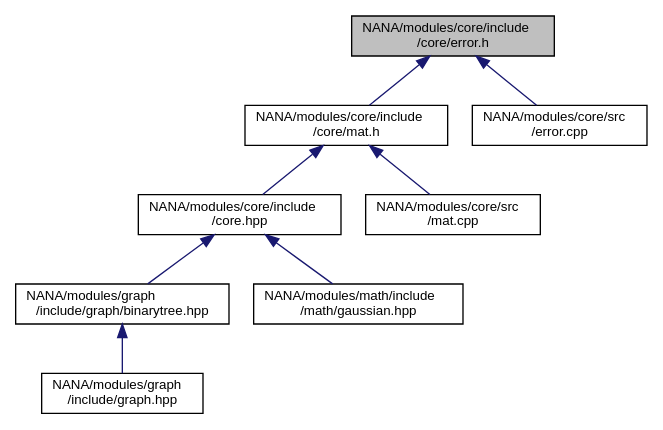
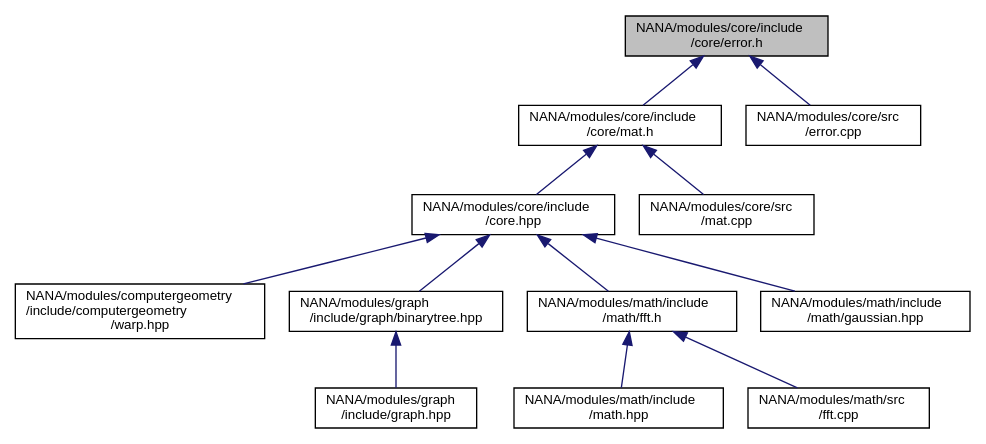
Before and after one commit to YuruTu/NANA: the diagram in docs/error_8h__dep__incl.dot, drawn with Graphviz. The commit also changed 194 other files, not shown here.

```diff
--- a/docs/error_8h__dep__incl.dot
+++ b/docs/error_8h__dep__incl.dot
@@ -1,21 +1,29 @@
 digraph "NANA/modules/core/include/core/error.h"
 {
  // LATEX_PDF_SIZE
   edge [fontname="Helvetica",fontsize="10",labelfontname="Helvetica",labelfontsize="10"];
   node [fontname="Helvetica",fontsize="10",shape=record];
   Node1 [label="NANA/modules/core/include\l/core/error.h",height=0.2,width=0.4,color="black", fillcolor="grey75", style="filled", fontcolor="black",tooltip="用于抛出异常"];
   Node1 -> Node2 [dir="back",color="midnightblue",fontsize="10",style="solid",fontname="Helvetica"];
   Node2 [label="NANA/modules/core/include\l/core/mat.h",height=0.2,width=0.4,color="black", fillcolor="white", style="filled",URL="$mat_8h.html",tooltip="实现一个用于矩阵运算的模板类(仍在实现当中)"];
   Node2 -> Node3 [dir="back",color="midnightblue",fontsize="10",style="solid",fontname="Helvetica"];
   Node3 [label="NANA/modules/core/include\l/core.hpp",height=0.2,width=0.4,color="black", fillcolor="white", style="filled",URL="$core_8hpp.html",tooltip="包含基本的数据结构等"];
   Node3 -> Node4 [dir="back",color="midnightblue",fontsize="10",style="solid",fontname="Helvetica"];
-  Node4 [label="NANA/modules/graph\l/include/graph/binarytree.hpp",height=0.2,width=0.4,color="black", fillcolor="white", style="filled",URL="$binarytree_8hpp.html",tooltip="实现二叉树的模板"];
-  Node4 -> Node5 [dir="back",color="midnightblue",fontsize="10",style="solid",fontname="Helvetica"];
-  Node5 [label="NANA/modules/graph\l/include/graph.hpp",height=0.2,width=0.4,color="black", fillcolor="white", style="filled",URL="$graph_8hpp.html",tooltip="实现图论相关算法"];
-  Node3 -> Node6 [dir="back",color="midnightblue",fontsize="10",style="solid",fontname="Helvetica"];
-  Node6 [label="NANA/modules/math/include\l/math/gaussian.hpp",height=0.2,width=0.4,color="black", fillcolor="white", style="filled",URL="$gaussian_8hpp_source.html",tooltip=" "];
-  Node2 -> Node7 [dir="back",color="midnightblue",fontsize="10",style="solid",fontname="Helvetica"];
-  Node7 [label="NANA/modules/core/src\l/mat.cpp",height=0.2,width=0.4,color="black", fillcolor="white", style="filled",URL="$mat_8cpp.html",tooltip="实现Mat的相关功能"];
-  Node1 -> Node8 [dir="back",color="midnightblue",fontsize="10",style="solid",fontname="Helvetica"];
-  Node8 [label="NANA/modules/core/src\l/error.cpp",height=0.2,width=0.4,color="black", fillcolor="white", style="filled",URL="$error_8cpp_source.html",tooltip=" "];
+  Node4 [label="NANA/modules/computergeometry\l/include/computergeometry\l/warp.hpp",height=0.2,width=0.4,color="black", fillcolor="white", style="filled",URL="$warp_8hpp.html",tooltip="实现点集的仿射变换和透视变换"];
+  Node3 -> Node5 [dir="back",color="midnightblue",fontsize="10",style="solid",fontname="Helvetica"];
+  Node5 [label="NANA/modules/graph\l/include/graph/binarytree.hpp",height=0.2,width=0.4,color="black", fillcolor="white", style="filled",URL="$binarytree_8hpp.html",tooltip="实现二叉树的模板"];
+  Node5 -> Node6 [dir="back",color="midnightblue",fontsize="10",style="solid",fontname="Helvetica"];
+  Node6 [label="NANA/modules/graph\l/include/graph.hpp",height=0.2,width=0.4,color="black", fillcolor="white", style="filled",URL="$graph_8hpp.html",tooltip="实现图论相关算法"];
+  Node3 -> Node7 [dir="back",color="midnightblue",fontsize="10",style="solid",fontname="Helvetica"];
+  Node7 [label="NANA/modules/math/include\l/math/fft.h",height=0.2,width=0.4,color="black", fillcolor="white", style="filled",URL="$fft_8h_source.html",tooltip=" "];
+  Node7 -> Node8 [dir="back",color="midnightblue",fontsize="10",style="solid",fontname="Helvetica"];
+  Node8 [label="NANA/modules/math/include\l/math.hpp",height=0.2,width=0.4,color="black", fillcolor="white", style="filled",URL="$math_8hpp.html",tooltip="实现基本的数学运算"];
+  Node7 -> Node9 [dir="back",color="midnightblue",fontsize="10",style="solid",fontname="Helvetica"];
+  Node9 [label="NANA/modules/math/src\l/fft.cpp",height=0.2,width=0.4,color="black", fillcolor="white", style="filled",URL="$fft_8cpp_source.html",tooltip=" "];
+  Node3 -> Node10 [dir="back",color="midnightblue",fontsize="10",style="solid",fontname="Helvetica"];
+  Node10 [label="NANA/modules/math/include\l/math/gaussian.hpp",height=0.2,width=0.4,color="black", fillcolor="white", style="filled",URL="$gaussian_8hpp_source.html",tooltip=" "];
+  Node2 -> Node11 [dir="back",color="midnightblue",fontsize="10",style="solid",fontname="Helvetica"];
+  Node11 [label="NANA/modules/core/src\l/mat.cpp",height=0.2,width=0.4,color="black", fillcolor="white", style="filled",URL="$mat_8cpp.html",tooltip="实现Mat的相关功能"];
+  Node1 -> Node12 [dir="back",color="midnightblue",fontsize="10",style="solid",fontname="Helvetica"];
+  Node12 [label="NANA/modules/core/src\l/error.cpp",height=0.2,width=0.4,color="black", fillcolor="white", style="filled",URL="$error_8cpp_source.html",tooltip=" "];
 }
```
